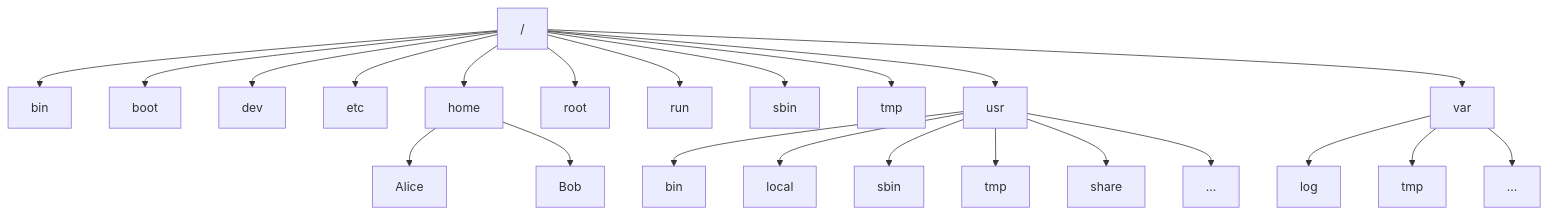
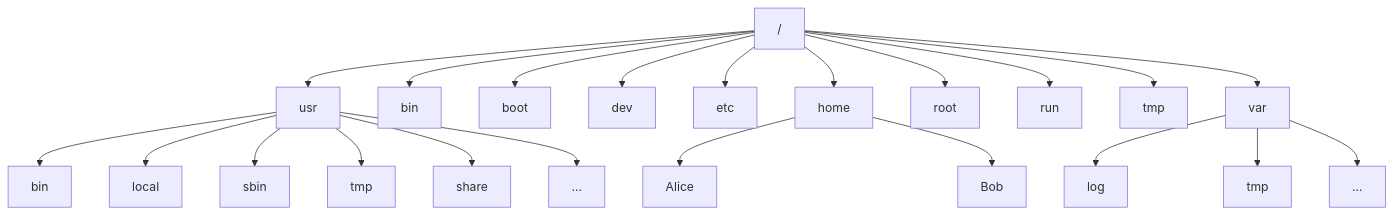
One commit to KateL2002/Learning-Linux changed the diagram in Notes/Manager/FileManage.md. Above: the diagram before and after it, drawn with Mermaid. The commit also changed 5 other files, not shown here.

````diff
--- a/Notes/Manager/FileManage.md
+++ b/Notes/Manager/FileManage.md
@@ -13,29 +13,28 @@
 ```mermaid
 graph TB
+/ --> usr
 / --> bin
 / --> boot
 / --> dev
 / --> etc
 / --> home
 / --> root
 / --> run
-/ --> sbin
 / --> tmp
-/ --> usr
 / --> var
 
 home --> Alice
 home --> Bob
 
 usr --> A[bin]
 usr --> local
 usr --> B[sbin]
 usr --> C[tmp]
 usr --> D[share]
 usr --> E[...]
 
 var --> log
 var --> F[tmp]
 var --> G[...]
 
 ```
````
